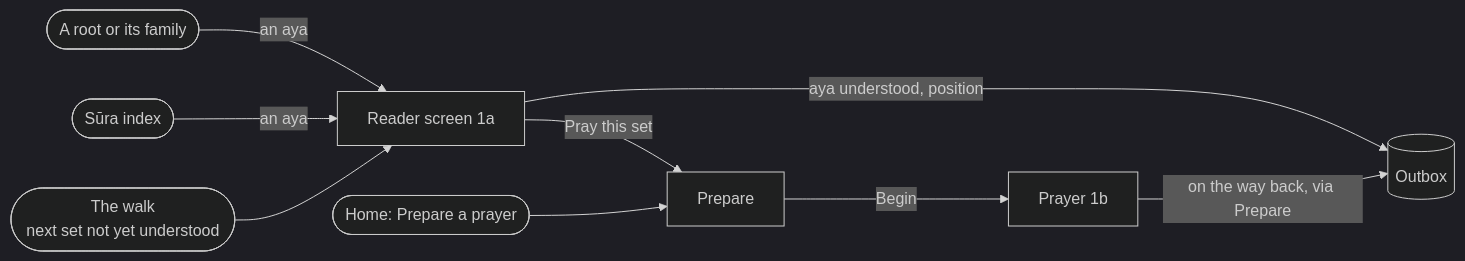
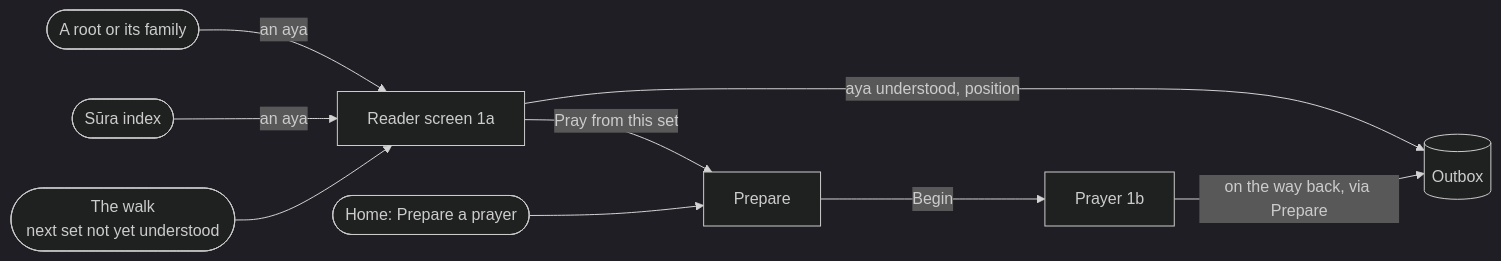
Before and after one commit to MohammadBnei/wird: the second of 11 diagrams in docs/architecture/app/sets-and-reader.md, drawn with Mermaid (dark theme). The commit also changed other lines of this file and 49 other files, not shown here.

````diff
--- a/docs/architecture/app/sets-and-reader.md
+++ b/docs/architecture/app/sets-and-reader.md
@@ -36,11 +36,11 @@
 ```mermaid
 flowchart LR
   walk(["The walk<br/>next set not yet understood"]) --> reader["Reader screen 1a"]
   index(["Sūra index"]) -->|"an aya"| reader
   root(["A root or its family"]) -->|"an aya"| reader
   home(["Home: Prepare a prayer"]) --> prepare["Prepare"]
-  reader -->|"Pray this set"| prepare
+  reader -->|"Pray from this set"| prepare
   prepare -->|"Begin"| prayer["Prayer 1b"]
   reader -->|"aya understood, position"| outbox[("Outbox")]
   prayer -->|"on the way back, via Prepare"| outbox
 ```
````
